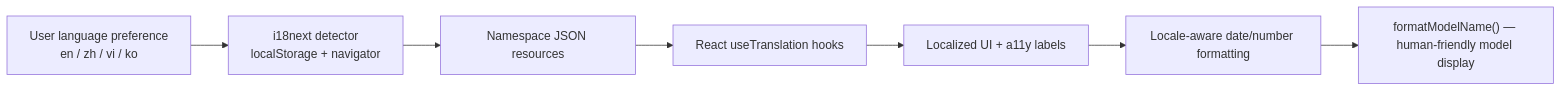
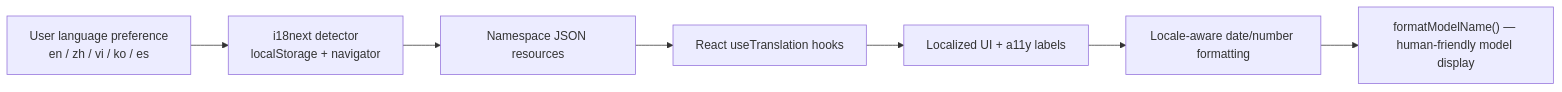
The eighth of 14 diagrams in docs/README.md (CorentinPa/Claude-Code-Agent-Monitor), drawn with Mermaid before and after one commit. The commit also changed other lines of this file and 31 other files, not shown here.

````diff
--- a/docs/README.md
+++ b/docs/README.md
@@ -224,9 +224,9 @@
 ```mermaid
 flowchart LR
-    A["User language preference<br/>en / zh / vi / ko"] --> B["i18next detector<br/>localStorage + navigator"]
+    A["User language preference<br/>en / zh / vi / ko / es"] --> B["i18next detector<br/>localStorage + navigator"]
     B --> C["Namespace JSON resources"]
     C --> D["React useTranslation hooks"]
     D --> E["Localized UI + a11y labels"]
     E --> F["Locale-aware date/number formatting"]
     F --> G["formatModelName() — human-friendly model display"]
 ```
````
